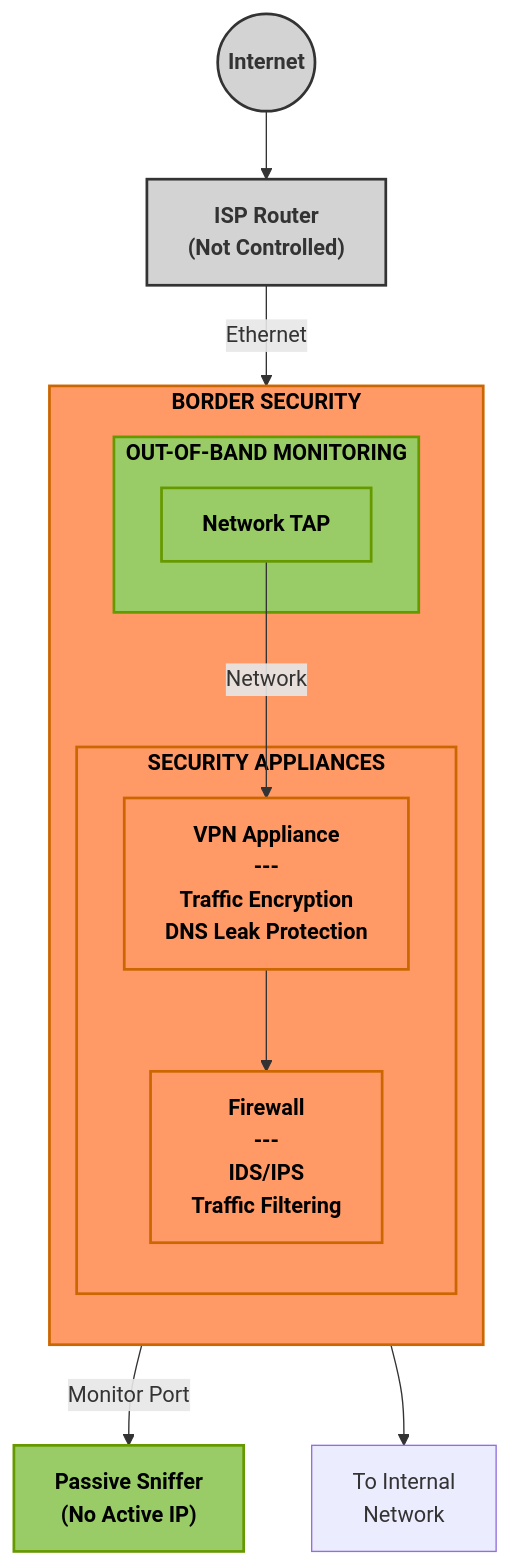
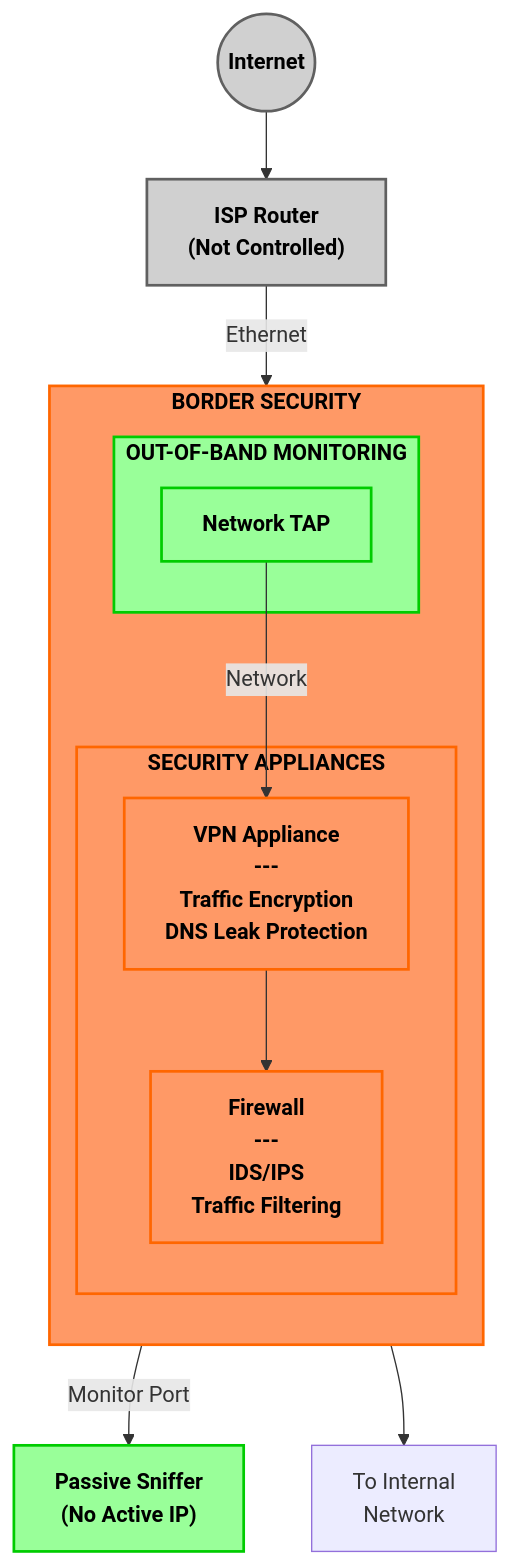
The second of 4 diagrams in home_network/1.md (nshkrdotcom/diagram_experiments), drawn with Mermaid before and after one commit. The commit also changed other lines of this file, not shown here.

````diff
--- a/home_network/1.md
+++ b/home_network/1.md
@@ -48,35 +66,35 @@
 ```mermaid
 flowchart TD
     %% External Components
-    Internet((Internet)) --> ISPRouter["ISP Router\n(Not Controlled)"]
+    Internet((Internet)) --> ISPRouter["ISP Router<br>(Not Controlled)"]
     
     %% Border Security Components
     subgraph BorderSecurity["BORDER SECURITY"]
         direction TB
         
         subgraph OutOfBand["OUT-OF-BAND MONITORING"]
             NetworkTap["Network TAP"]
         end
         
         subgraph SecurityAppliances["SECURITY APPLIANCES"]
-            VPNAppliance["VPN Appliance\n---\nTraffic Encryption\nDNS Leak Protection"]
-            Firewall["Firewall\n---\nIDS/IPS\nTraffic Filtering"]
+            VPNAppliance["VPN Appliance<br>---<br>Traffic Encryption<br>DNS Leak Protection"]
+            Firewall["Firewall<br>---<br>IDS/IPS<br>Traffic Filtering"]
         end
     end
     
     %% Connections
     ISPRouter --> |"Ethernet"| NetworkTap
-    NetworkTap --> |"Monitor Port"| PassiveSniffer["Passive Sniffer\n(No Active IP)"]
+    NetworkTap --> |"Monitor Port"| PassiveSniffer["Passive Sniffer<br>(No Active IP)"]
     NetworkTap --> |"Network"| VPNAppliance
     VPNAppliance --> Firewall
-    Firewall --> InternalNet["To Internal\nNetwork"]
-    
-    %% Styling
-    classDef external fill:#D3D3D3,stroke:#333,stroke-width:2px,font-weight:bold;
-    classDef border fill:#FF9966,stroke:#CC6600,stroke-width:2px,color:#000,font-weight:bold;
-    classDef monitoring fill:#99CC66,stroke:#669900,stroke-width:2px,color:#000,font-weight:bold;
-    
+    Firewall --> InternalNet["To Internal<br>Network"]
+        
+    %% Styling for dark theme
+    classDef external fill:#d0d0d0,stroke:#606060,stroke-width:2px,color:#000000,font-weight:bold;
+    classDef border fill:#ff9966,stroke:#ff6600,stroke-width:2px,color:#000000,font-weight:bold;
+    classDef monitoring fill:#99ff99,stroke:#00cc00,stroke-width:2px,color:#000000,font-weight:bold;
+
     class Internet,ISPRouter external;
     class BorderSecurity,SecurityAppliances,VPNAppliance,Firewall border;
     class OutOfBand,NetworkTap,PassiveSniffer monitoring;
 ```
````
